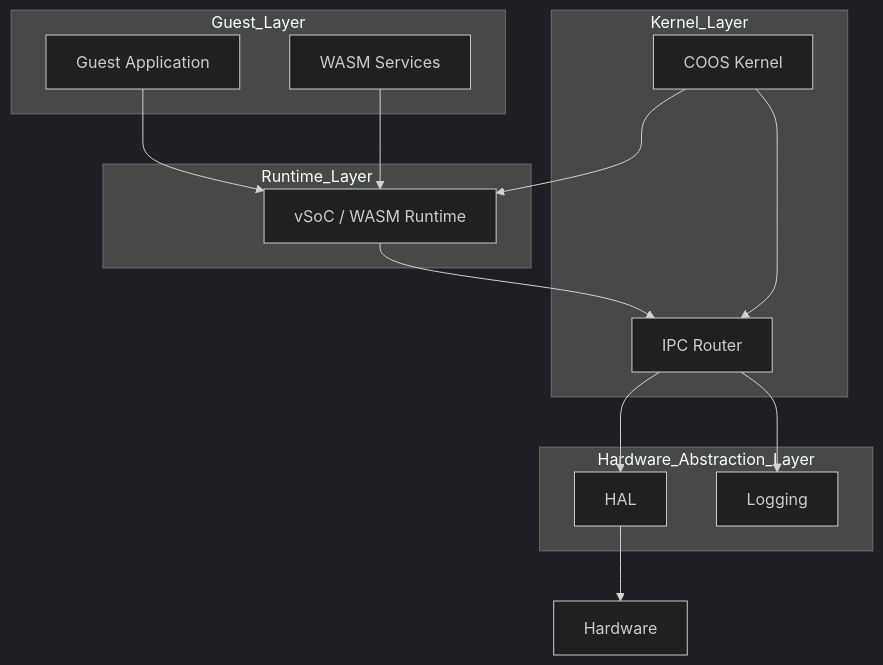
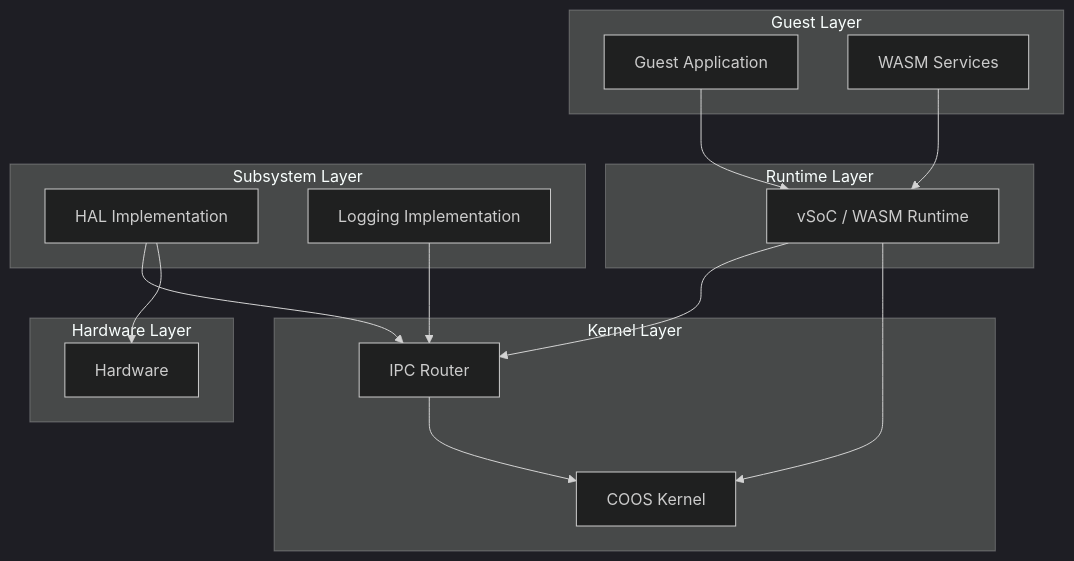
Before and after one commit to kmt-t/fireball: the first of 3 diagrams in docs/orders/architecture/overview.md, drawn with Mermaid (dark theme). The commit also changed other lines of this file and 1 other file, not shown here.

Commit message:
fix arch diagram.

````diff
--- a/docs/orders/architecture/overview.md
+++ b/docs/orders/architecture/overview.md
@@ -28,30 +30,35 @@
 ```mermaid
 graph TD
-    subgraph Guest_Layer
+    subgraph Guest_Layer [Guest Layer]
         App[Guest Application]
         Svc[WASM Services]
     end
 
-    subgraph Runtime_Layer
+    subgraph Runtime_Layer [Runtime Layer]
         vSoC[vSoC / WASM Runtime]
     end
 
-    subgraph Kernel_Layer
+    subgraph Kernel_Layer [Kernel Layer]
         COOS[COOS Kernel]
         IPCR[IPC Router]
     end
 
-    subgraph Hardware_Abstraction_Layer
-        HAL[HAL]
-        Log[Logging]
+    subgraph Subsystem_Layer [Subsystem Layer]
+        HAL[HAL Implementation]
+        Log[Logging Implementation]
     end
 
+    subgraph Hardware_Layer [Hardware Layer]
+        HW[Hardware]
+    end
+
+    %% 依存性の方向 (Implementation -> Interface/Specification)
     App --> vSoC
     Svc --> vSoC
     vSoC --> IPCR
-    IPCR --> HAL
-    IPCR --> Log
-    COOS --> vSoC
-    COOS --> IPCR
-    HAL --> HW[Hardware]
+    vSoC --> COOS
+    HAL --> IPCR
+    Log --> IPCR
+    IPCR --> COOS
+    HAL --> HW
 ```
````
